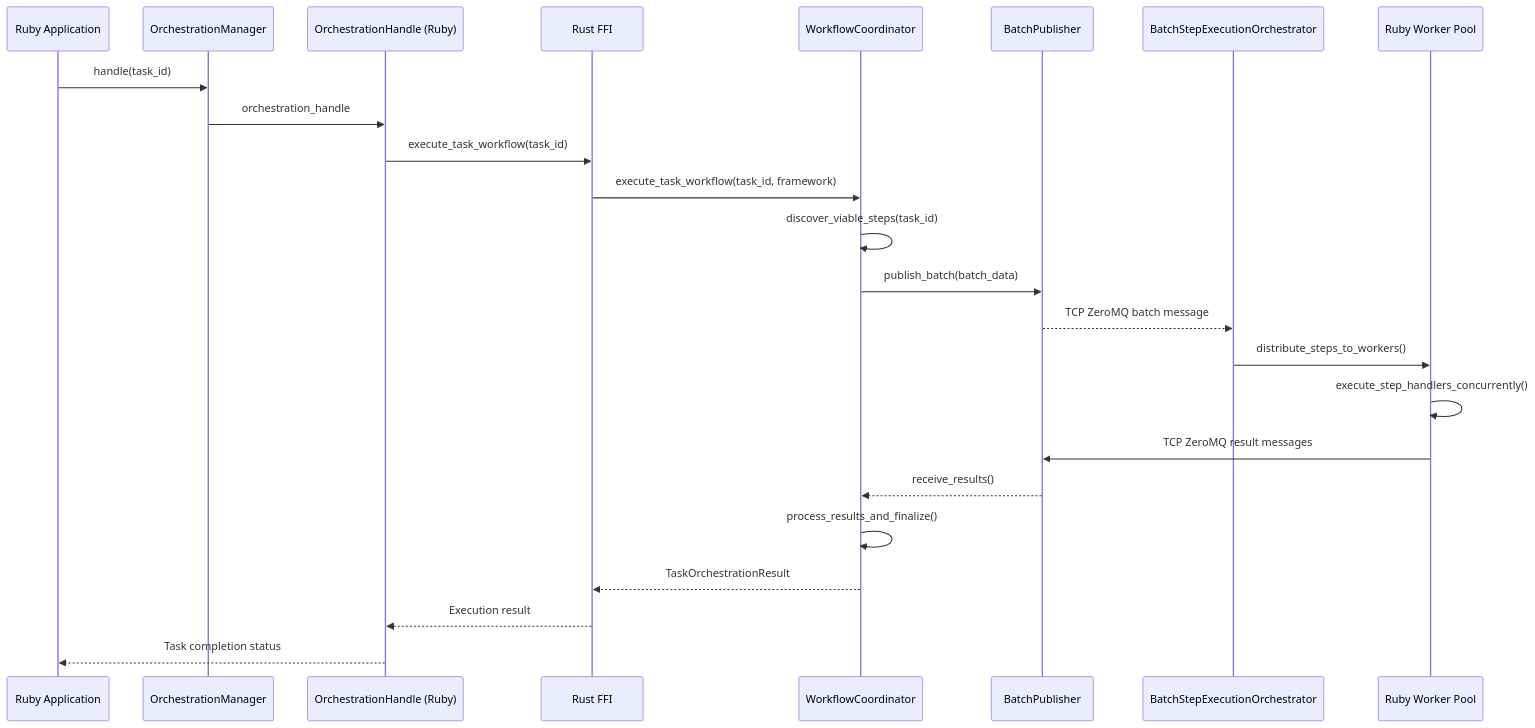
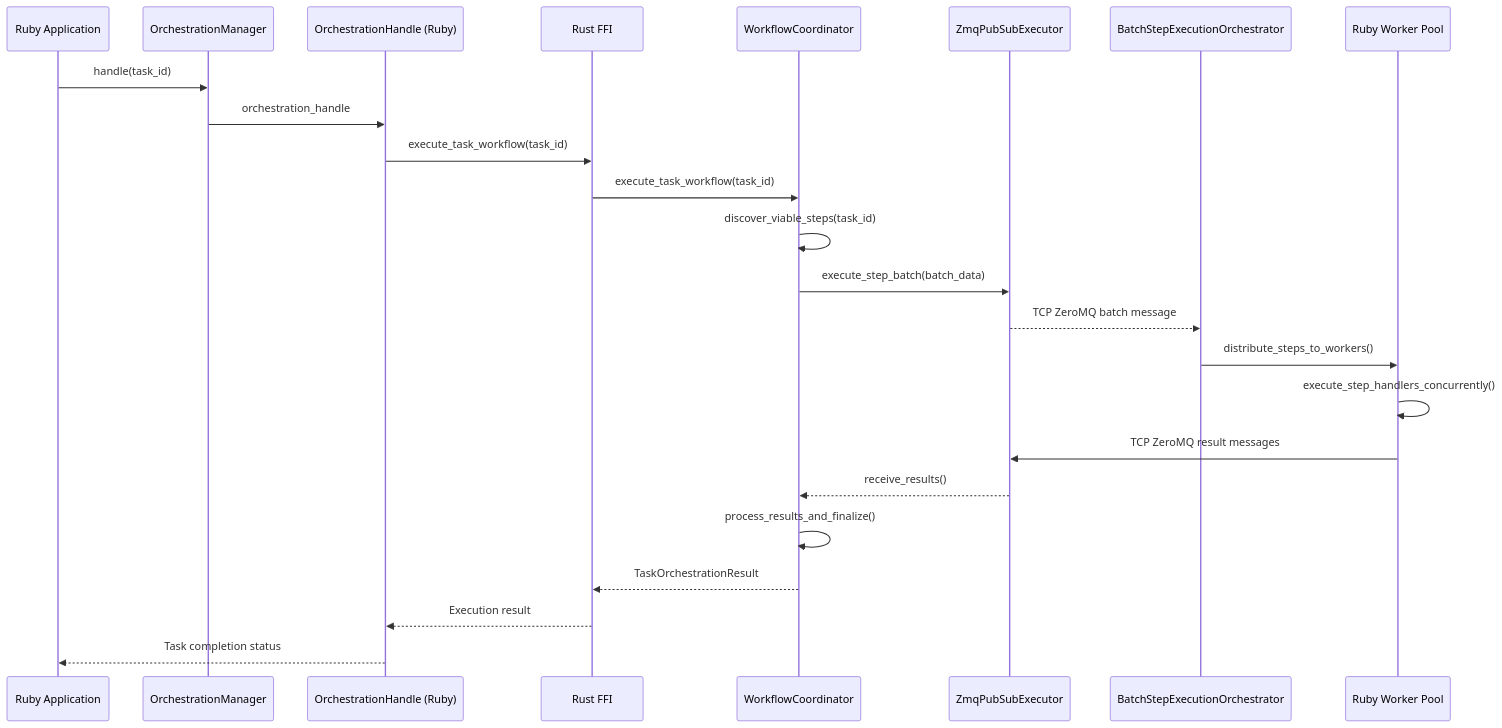
The second of 4 diagrams in docs/analysis-after-zeromq.md (tasker-systems/tasker-core-rs), drawn with Mermaid before and after one commit. The commit also changed other lines of this file and 55 other files, not shown here.

````diff
--- a/docs/analysis-after-zeromq.md
+++ b/docs/analysis-after-zeromq.md
@@ -306,27 +308,27 @@
 ```mermaid
 sequenceDiagram
     participant App as Ruby Application
-    participant OM as OrchestrationManager  
+    participant OM as OrchestrationManager
     participant Handle as OrchestrationHandle (Ruby)
     participant FFI as Rust FFI
     participant WC as WorkflowCoordinator
-    participant ZMQ as BatchPublisher
+    participant ZMQ as ZmqPubSubExecutor
     participant BSEO as BatchStepExecutionOrchestrator
     participant Workers as Ruby Worker Pool
-    
+
     App->>OM: handle(task_id)
     OM->>Handle: orchestration_handle
     Handle->>FFI: execute_task_workflow(task_id)
-    FFI->>WC: execute_task_workflow(task_id, framework)
+    FFI->>WC: execute_task_workflow(task_id)
     WC->>WC: discover_viable_steps(task_id)
-    WC->>ZMQ: publish_batch(batch_data)
+    WC->>ZMQ: execute_step_batch(batch_data)
     ZMQ-->>BSEO: TCP ZeroMQ batch message
     BSEO->>Workers: distribute_steps_to_workers()
     Workers->>Workers: execute_step_handlers_concurrently()
     Workers->>ZMQ: TCP ZeroMQ result messages
     ZMQ-->>WC: receive_results()
     WC->>WC: process_results_and_finalize()
     WC-->>FFI: TaskOrchestrationResult
     FFI-->>Handle: Execution result
     Handle-->>App: Task completion status
 ```
````
